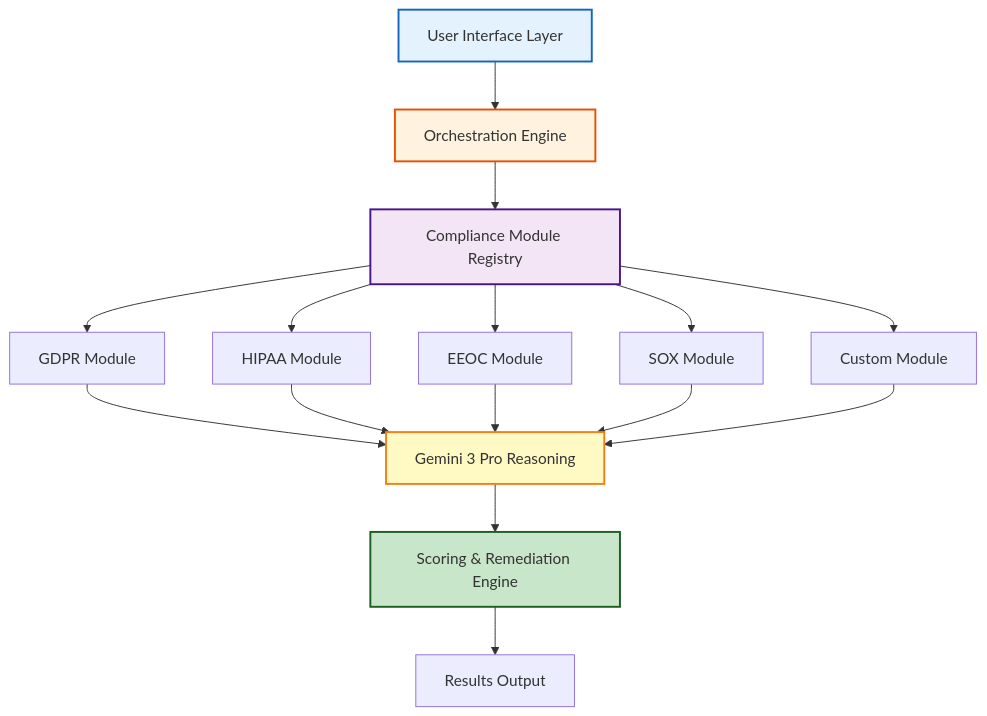
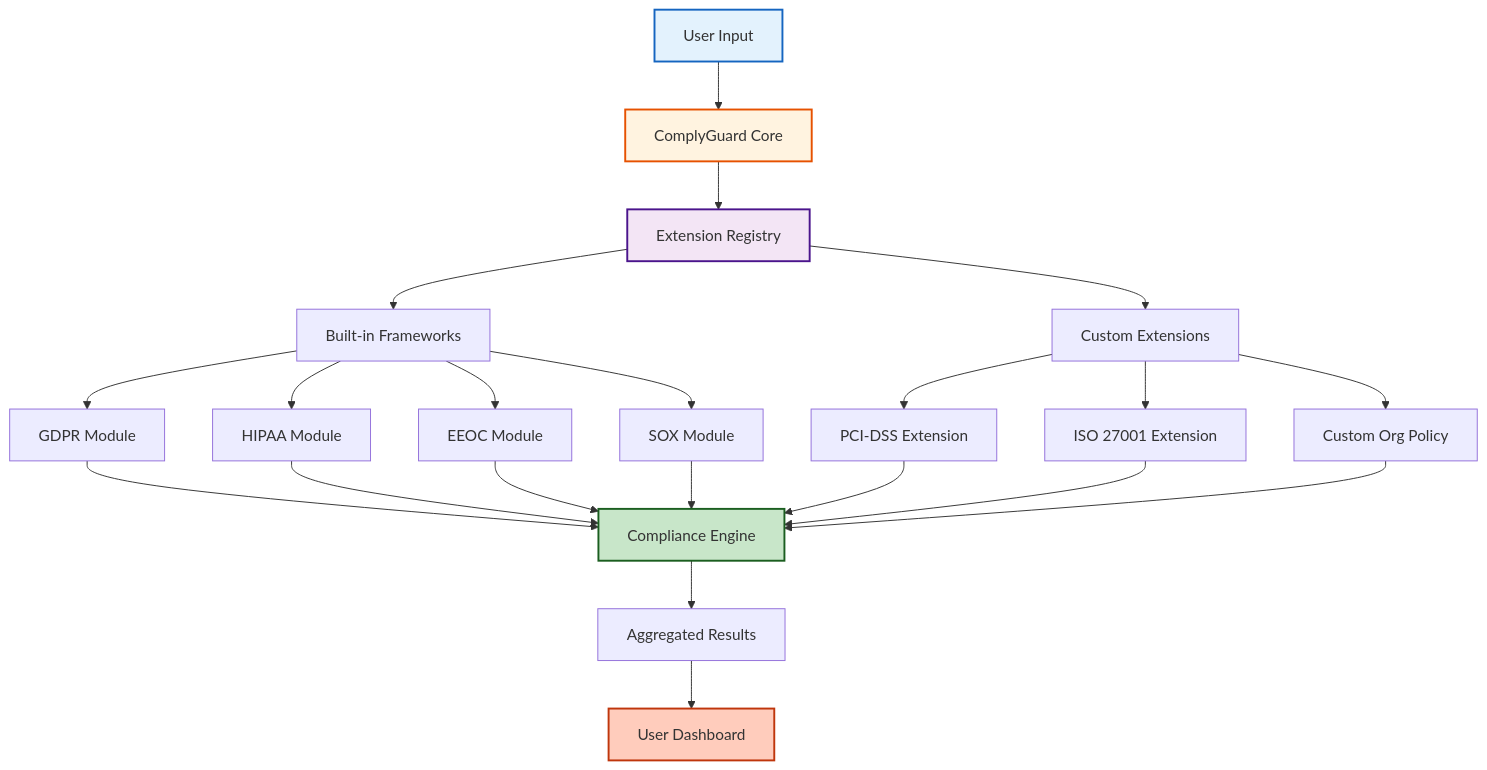
The diagram in docs/extension-development-guide.md (ArjunFrancis/ComplyGuard-AI), drawn with Mermaid before and after one commit. The commit also changed other lines of this file, not shown here.

Commit message:
docs: Add extension development guide for plugin ecosystem

````diff
--- a/docs/extension-development-guide.md
+++ b/docs/extension-development-guide.md
@@ -26,23 +51,33 @@
 ```mermaid
 graph TB
-    A[User Interface Layer] --> B[Orchestration Engine]
-    B --> C[Compliance Module Registry]
-    C --> D1[GDPR Module]
-    C --> D2[HIPAA Module]
-    C --> D3[EEOC Module]
-    C --> D4[SOX Module]
-    C --> D5[Custom Module]
-    D1 --> E[Gemini 3 Pro Reasoning]
-    D2 --> E
-    D3 --> E
-    D4 --> E
-    D5 --> E
-    E --> F[Scoring & Remediation Engine]
-    F --> G[Results Output]
+    A[User Input] --> B[ComplyGuard Core]
+    B --> C[Extension Registry]
+    C --> D[Built-in Frameworks]
+    C --> E[Custom Extensions]
+    
+    D --> F[GDPR Module]
+    D --> G[HIPAA Module]
+    D --> H[EEOC Module]
+    D --> I[SOX Module]
+    
+    E --> J[PCI-DSS Extension]
+    E --> K[ISO 27001 Extension]
+    E --> L[Custom Org Policy]
+    
+    F --> M[Compliance Engine]
+    G --> M
+    H --> M
+    I --> M
+    J --> M
+    K --> M
+    L --> M
+    
+    M --> N[Aggregated Results]
+    N --> O[User Dashboard]
     
     style A fill:#e3f2fd,stroke:#1565c0,stroke-width:2px
     style B fill:#fff3e0,stroke:#e65100,stroke-width:2px
     style C fill:#f3e5f5,stroke:#4a148c,stroke-width:2px
-    style E fill:#fff9c4,stroke:#f57f17,stroke-width:2px
-    style F fill:#c8e6c9,stroke:#1b5e20,stroke-width:2px
+    style M fill:#c8e6c9,stroke:#1b5e20,stroke-width:2px
+    style O fill:#ffccbc,stroke:#bf360c,stroke-width:2px
 ```
````
